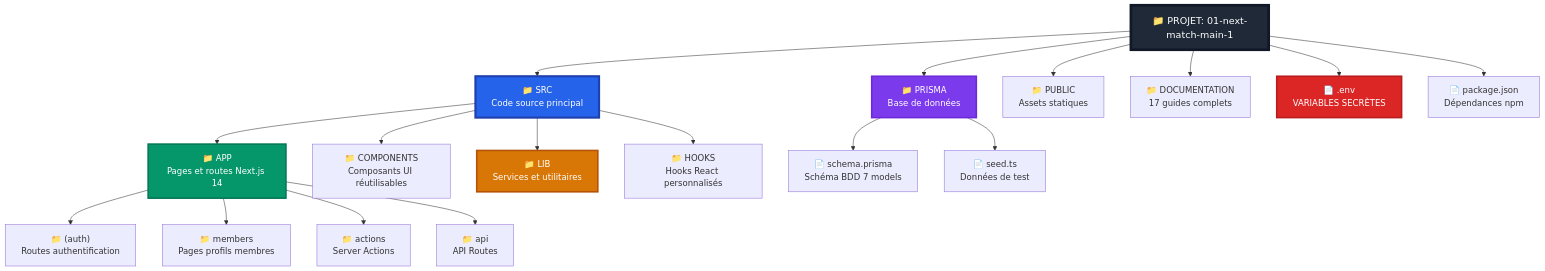
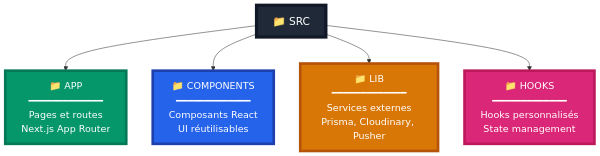
One commit to inskillflow/next-auth-demo-2-match changed the second of 30 diagrams in documentation/17-arborescence-fichiers-roles.md. Above: the diagram before and after it, drawn with Mermaid. The commit also changed other lines of this file, not shown here.

````diff
--- a/documentation/17-arborescence-fichiers-roles.md
+++ b/documentation/17-arborescence-fichiers-roles.md
@@ -22,34 +42,15 @@
 ```mermaid
 flowchart TD
-    Root["📁 PROJET: 01-next-match-main-1"]
+    SRC["📁 SRC"]
     
-    Root --> SRC["📁 SRC<br/>Code source principal"]
+    SRC --> APP["📁 APP<br/>━━━━━━━━━━━━━<br/>Pages et routes<br/>Next.js App Router"]
+    SRC --> COMPONENTS["📁 COMPONENTS<br/>━━━━━━━━━━━━━<br/>Composants React<br/>UI réutilisables"]
+    SRC --> LIB["📁 LIB<br/>━━━━━━━━━━━━━<br/>Services externes<br/>Prisma, Cloudinary, Pusher"]
+    SRC --> HOOKS["📁 HOOKS<br/>━━━━━━━━━━━━━<br/>Hooks personnalisés<br/>State management"]
     
-    SRC --> APP["📁 APP<br/>Pages et routes Next.js 14"]
-    SRC --> COMP["📁 COMPONENTS<br/>Composants UI réutilisables"]
-    SRC --> LIB["📁 LIB<br/>Services et utilitaires"]
-    SRC --> HOOKS["📁 HOOKS<br/>Hooks React personnalisés"]
-    
-    APP --> AUTH_G["📁 (auth)<br/>Routes authentification"]
-    APP --> MEMBERS_G["📁 members<br/>Pages profils membres"]
-    APP --> ACTIONS_G["📁 actions<br/>Server Actions"]
-    APP --> API_G["📁 api<br/>API Routes"]
-    
-    Root --> PRISMA_R["📁 PRISMA<br/>Base de données"]
-    
-    PRISMA_R --> SCHEMA["📄 schema.prisma<br/>Schéma BDD 7 models"]
-    PRISMA_R --> SEED["📄 seed.ts<br/>Données de test"]
-    
-    Root --> PUBLIC_R["📁 PUBLIC<br/>Assets statiques"]
-    Root --> DOC_R["📁 DOCUMENTATION<br/>17 guides complets"]
-    
-    Root --> ENV_R["📄 .env<br/>VARIABLES SECRÈTES"]
-    Root --> PACKAGE_R["📄 package.json<br/>Dépendances npm"]
-    
-    style Root fill:#1f2937,stroke:#111827,stroke-width:5px,color:#fff,font-size:18px
-    style SRC fill:#2563eb,stroke:#1e40af,stroke-width:4px,color:#fff,font-size:16px
-    style APP fill:#059669,stroke:#047857,stroke-width:3px,color:#fff
-    style LIB fill:#d97706,stroke:#b45309,stroke-width:3px,color:#fff
-    style PRISMA_R fill:#7c3aed,stroke:#6d28d9,stroke-width:3px,color:#fff
-    style ENV_R fill:#dc2626,stroke:#b91c1c,stroke-width:3px,color:#fff
+    style SRC fill:#1f2937,stroke:#111827,stroke-width:6px,color:#fff,font-size:20px
+    style APP fill:#059669,stroke:#047857,stroke-width:5px,color:#fff,font-size:18px
+    style COMPONENTS fill:#2563eb,stroke:#1e40af,stroke-width:5px,color:#fff,font-size:18px
+    style LIB fill:#d97706,stroke:#b45309,stroke-width:5px,color:#fff,font-size:18px
+    style HOOKS fill:#db2777,stroke:#be185d,stroke-width:5px,color:#fff,font-size:18px
 ```
````
